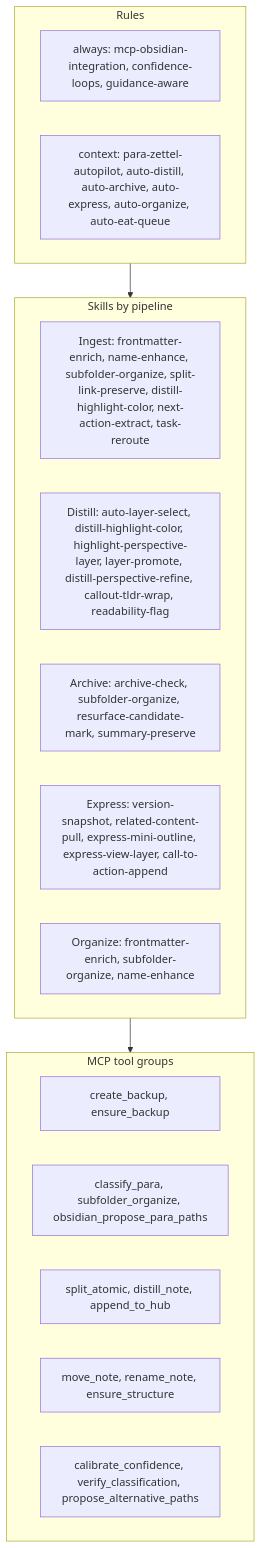
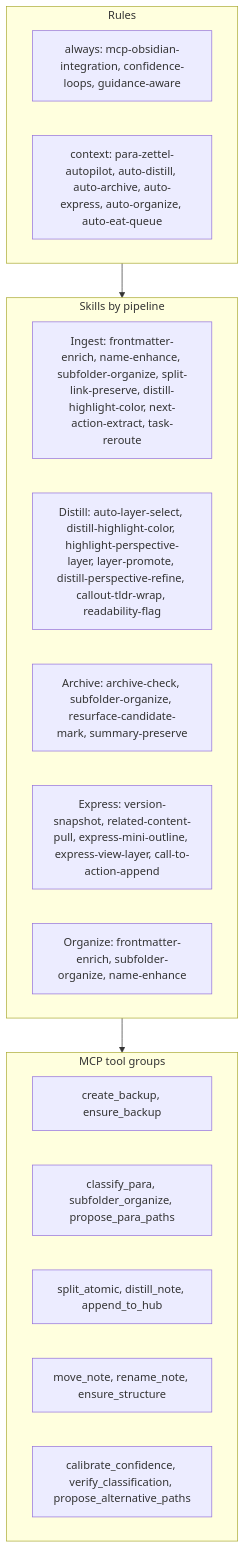
The first of 5 diagrams in 3-Resources/Second-Brain/Second-Brain-User-Flows/Skills-Structure-High-Level.md (L0RDTH0TH/genesis-mythos-master-roadmap), drawn with Mermaid before and after one commit. The commit also changed other lines of this file and 3337 other files, not shown here.

````diff
--- a/3-Resources/Second-Brain/Second-Brain-User-Flows/Skills-Structure-High-Level.md
+++ b/3-Resources/Second-Brain/Second-Brain-User-Flows/Skills-Structure-High-Level.md
@@ -18,23 +18,23 @@
 ```mermaid
 flowchart TB
   subgraph Rules [Rules]
     Always[always: mcp-obsidian-integration, confidence-loops, guidance-aware]
     Context[context: para-zettel-autopilot, auto-distill, auto-archive, auto-express, auto-organize, auto-eat-queue]
   end
   subgraph Skills [Skills by pipeline]
     Ingest[Ingest: frontmatter-enrich, name-enhance, subfolder-organize, split-link-preserve, distill-highlight-color, next-action-extract, task-reroute]
     Distill[Distill: auto-layer-select, distill-highlight-color, highlight-perspective-layer, layer-promote, distill-perspective-refine, callout-tldr-wrap, readability-flag]
     Archive[Archive: archive-check, subfolder-organize, resurface-candidate-mark, summary-preserve]
     Express[Express: version-snapshot, related-content-pull, express-mini-outline, express-view-layer, call-to-action-append]
     Organize[Organize: frontmatter-enrich, subfolder-organize, name-enhance]
   end
   subgraph MCP [MCP tool groups]
     Backup[create_backup, ensure_backup]
-    PARA[classify_para, subfolder_organize, obsidian_propose_para_paths]
+    PARA[classify_para, subfolder_organize, propose_para_paths]
     Content[split_atomic, distill_note, append_to_hub]
     Move[move_note, rename_note, ensure_structure]
     Conf[calibrate_confidence, verify_classification, propose_alternative_paths]
   end
   Rules --> Skills
   Skills --> MCP
 ```
````
